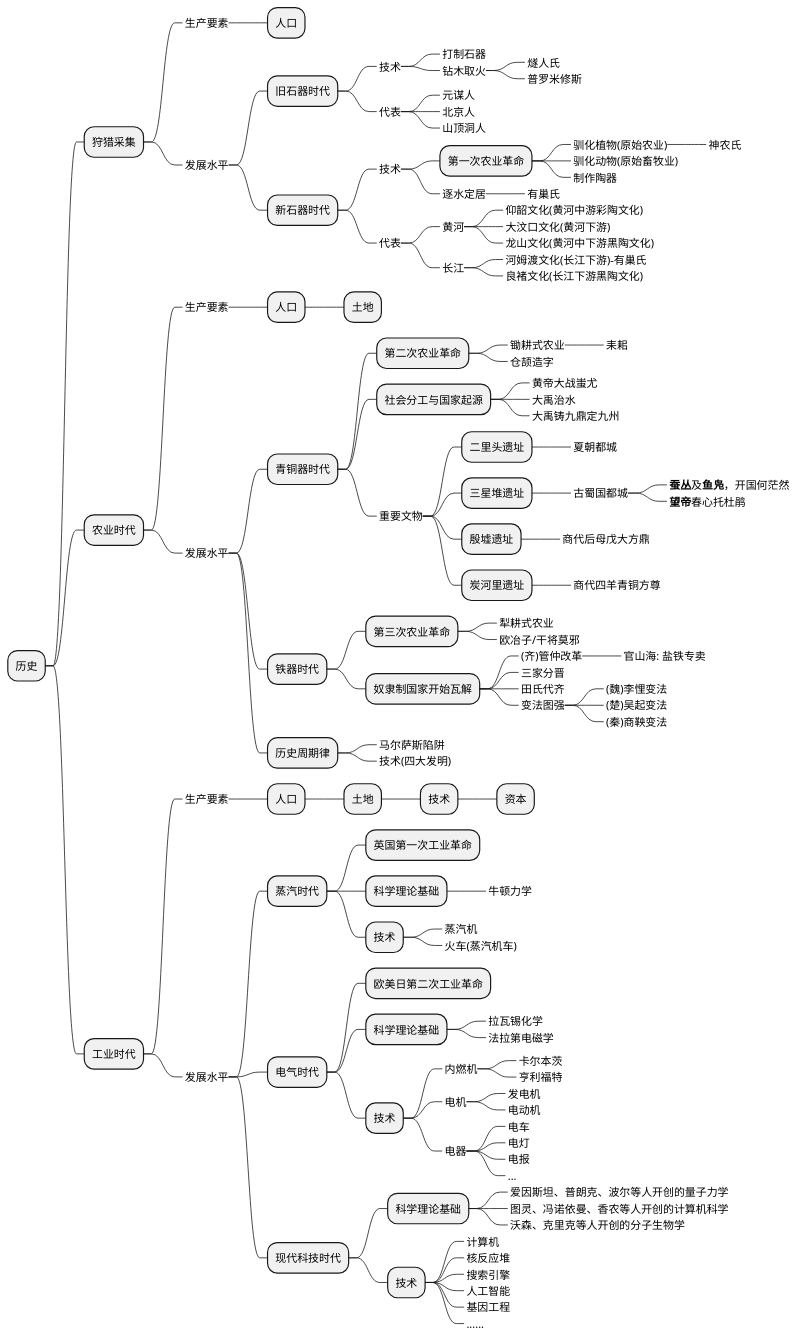
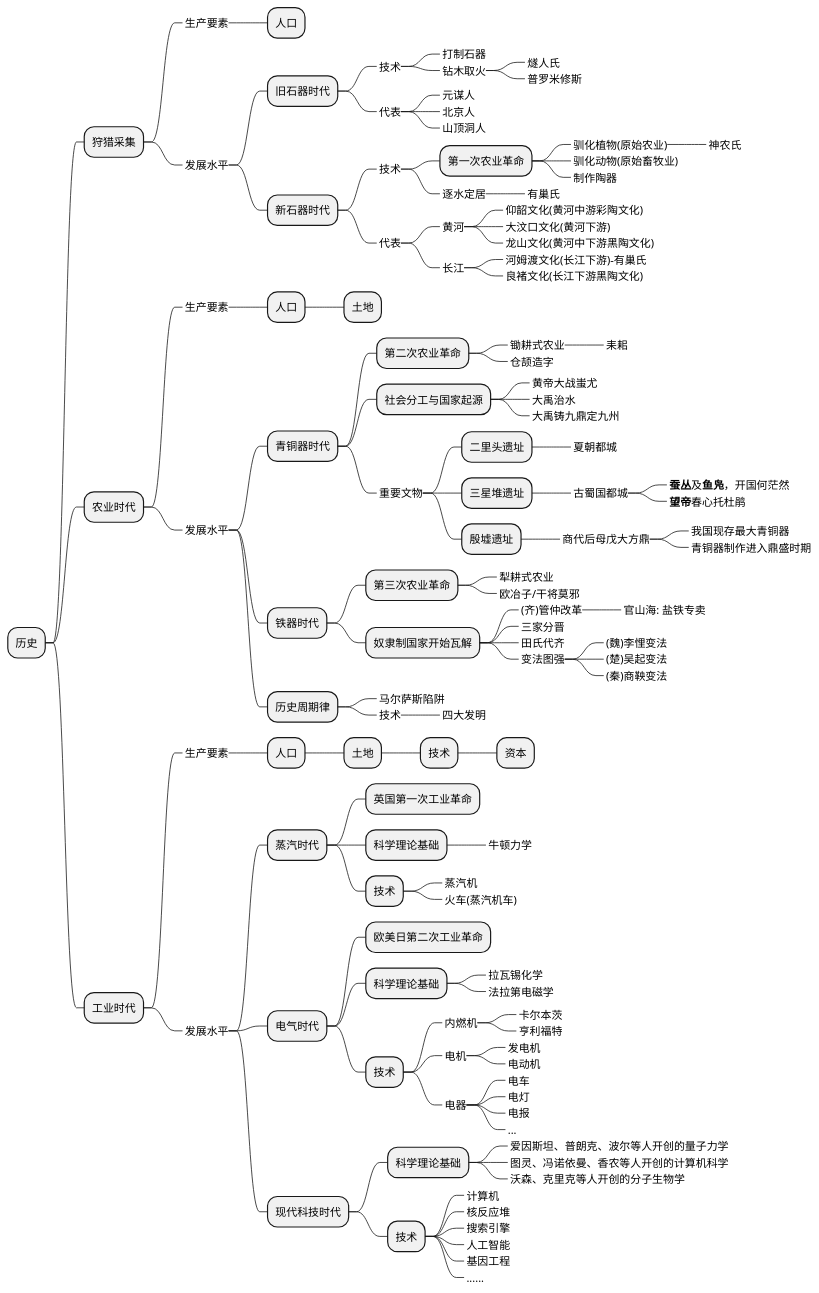
One commit to holmofy/blog.hufeifei.cn changed the first of 2 diagrams in source/_posts/economic/economic_and_history.md. Above: the diagram before and after it, drawn with PlantUML. The commit also changed other lines of this file, not shown here.

```diff
--- a/source/_posts/economic/economic_and_history.md
+++ b/source/_posts/economic/economic_and_history.md
@@ -70,8 +70,8 @@
 ++++++++_ **望帝**春心托杜鹃
 ++++++ 殷墟遗址
 +++++++_ 商代后母戊大方鼎
-++++++ 炭河里遗址
-+++++++_ 商代四羊青铜方尊
+++++++++_ 我国现存最大青铜器
+++++++++_ 青铜器制作进入鼎盛时期
 ++++ 铁器时代
 +++++ 第三次农业革命
 ++++++_ 犁耕式农业
@@ -87,7 +87,8 @@
 +++++++_ (秦)商鞅变法
 ++++ 历史周期律
 +++++_ 马尔萨斯陷阱
-+++++_ 技术(四大发明)
++++++_ 技术
+++++++_ 四大发明
 ++ 工业时代
 +++_ 生产要素
 ++++ 人口
```
